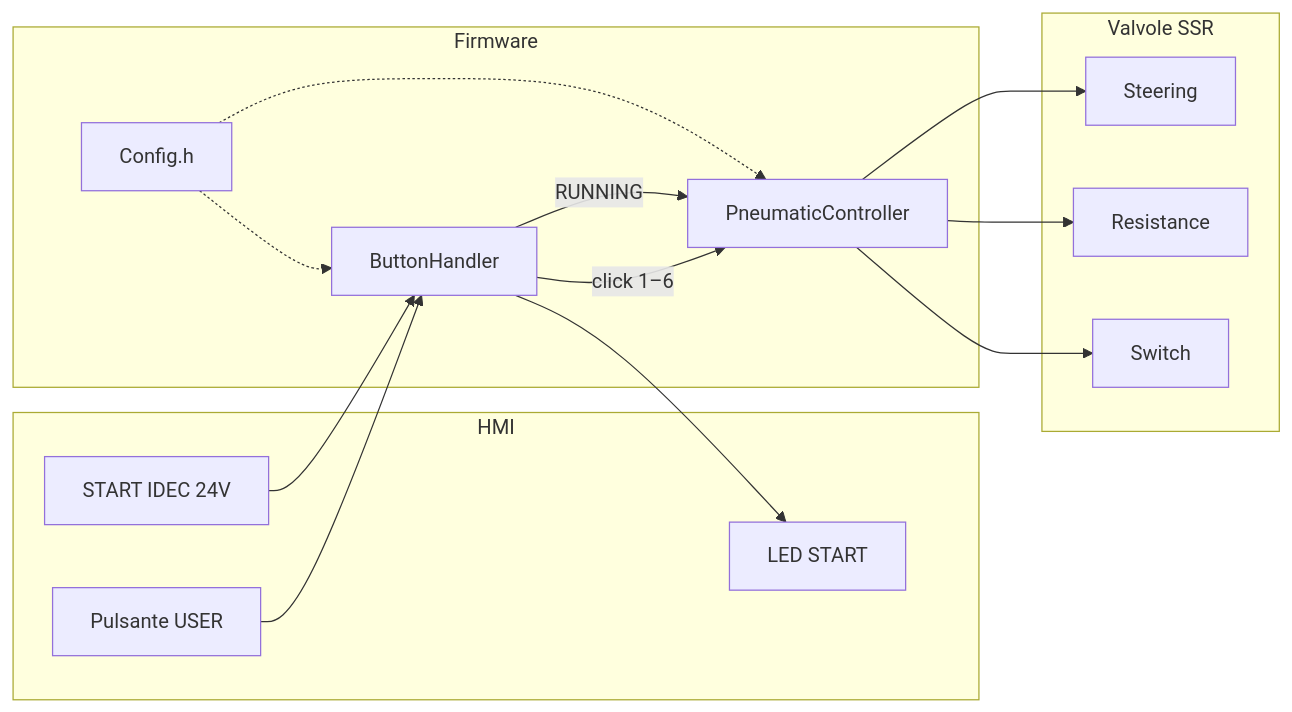
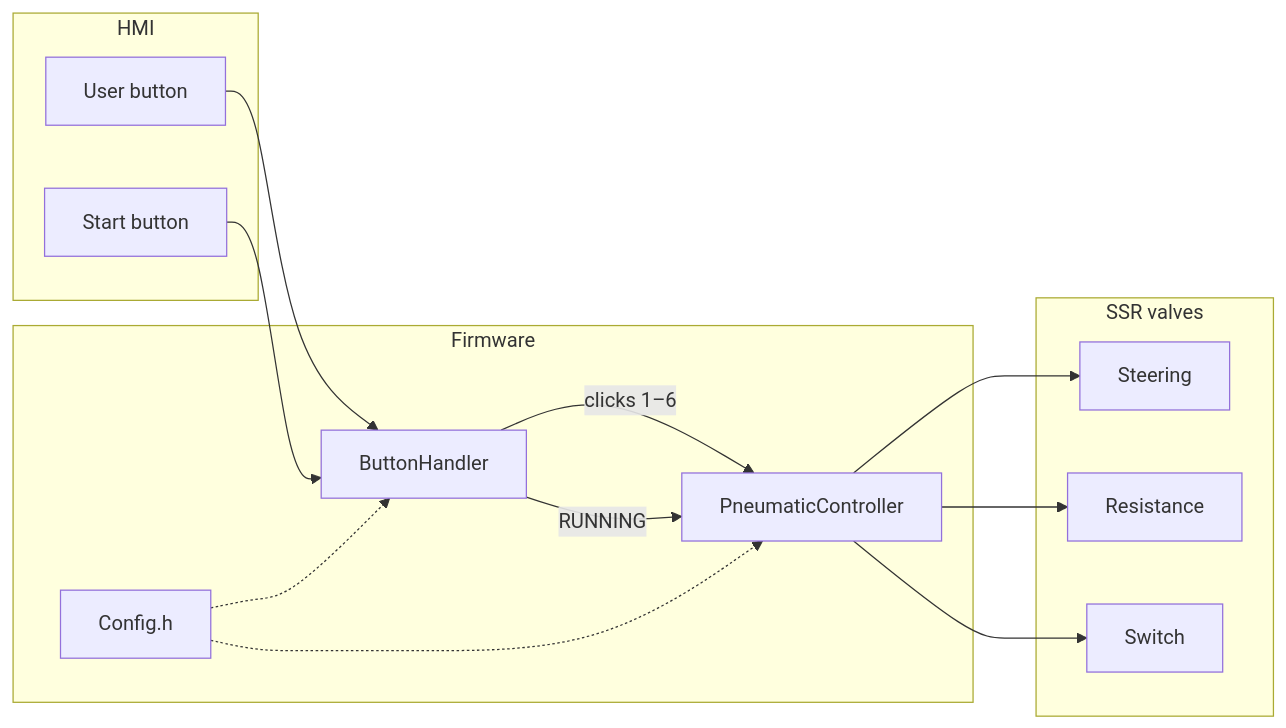
One commit to lucaterraneo/SteeringTest changed the first of 2 diagrams in README.md. Above: the diagram before and after it, drawn with Mermaid. The commit also changed other lines of this file and 1 other file, not shown here.

````diff
--- a/README.md
+++ b/README.md
@@ -49,31 +49,29 @@
 ```mermaid
 flowchart LR
   subgraph HMI
-    USER[Pulsante USER]
-    START[START IDEC 24V]
-    LED[LED START]
+    USER[User button]
+    START[Start button]
   end
 
   subgraph FW["Firmware"]
     BH[ButtonHandler]
     PC[PneumaticController]
     CFG[Config.h]
   end
 
-  subgraph VALVE["Valvole SSR"]
+  subgraph VALVE["SSR valves"]
     ST[Steering]
     RE[Resistance]
     SW[Switch]
   end
 
   USER --> BH
   START --> BH
-  BH --> LED
-  BH -->|"click 1–6"| PC
+  BH -->|"clicks 1–6"| PC
   BH -->|"RUNNING"| PC
   CFG -.-> BH
   CFG -.-> PC
   PC --> ST
   PC --> RE
   PC --> SW
 ```
````
